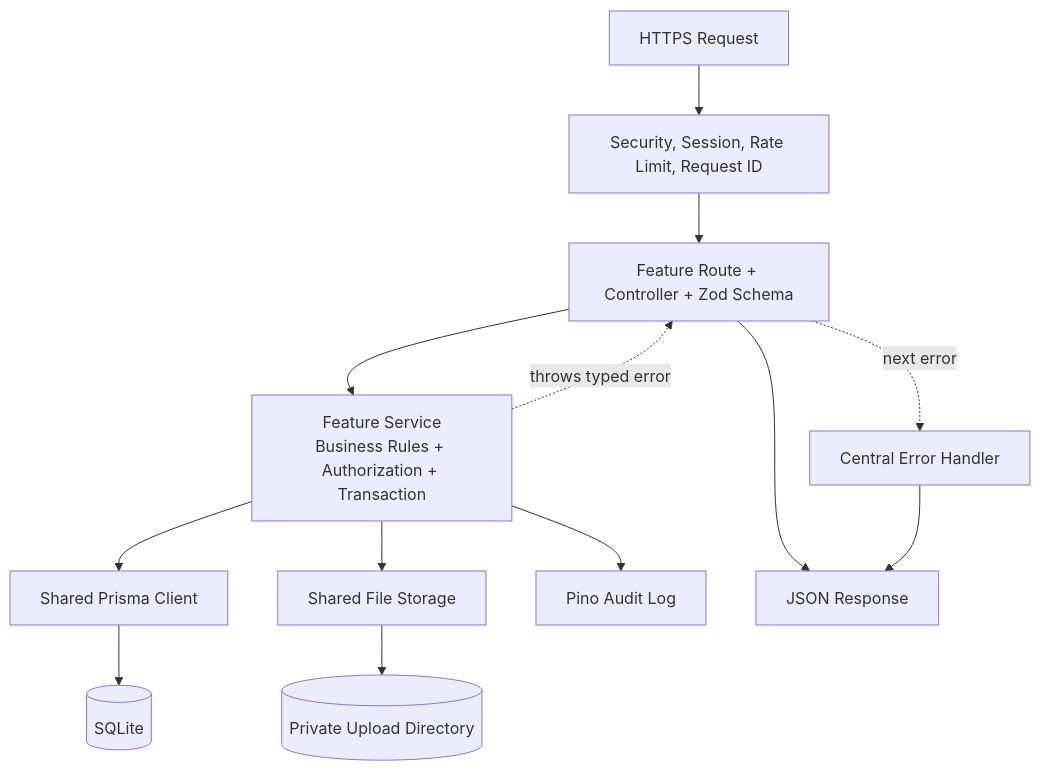
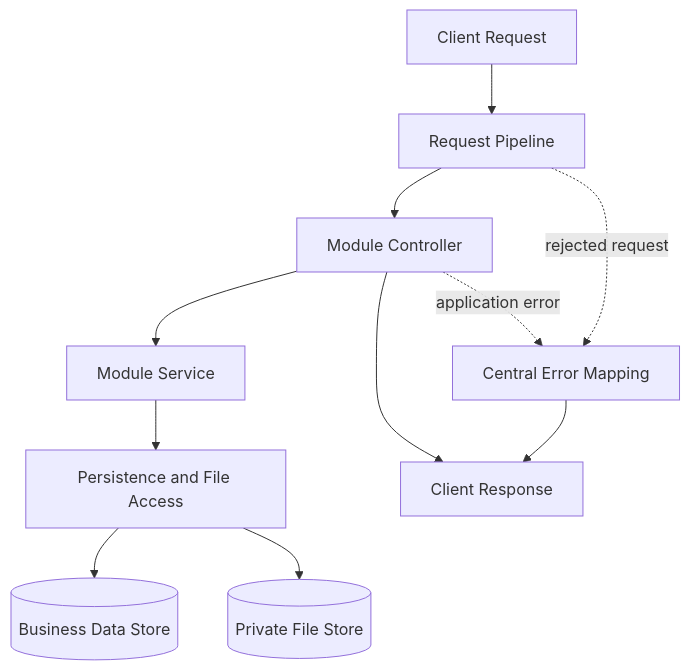
One commit to MINHDZVODICH/ctv-manage changed the third of 3 diagrams in docs/ARCHITECTURE.md. Above: the diagram before and after it, drawn with Mermaid. The commit also changed other lines of this file and 89 other files, not shown here.

````diff
--- a/docs/ARCHITECTURE.md
+++ b/docs/ARCHITECTURE.md
@@ -116,20 +115,19 @@
 ```mermaid
 flowchart TB
-    Request[HTTPS Request]
+    Request[Client Request]
+    Pipeline[Request Pipeline]
+    Controller[Module Controller]
+    Service[Module Service]
+    DataAccess[Persistence and File Access]
+    DataStore[(Business Data Store)]
+    FileStore[(Private File Store)]
+    ErrorHandler[Central Error Mapping]
+    Response[Client Response]
 
-    Middleware[Security, Session, Rate Limit, Request ID]
-    Controller[Feature Route + Controller + Zod Schema]
-    Service[Feature Service<br/>Business Rules + Authorization + Transaction]
-    Prisma[Shared Prisma Client]
-    Storage[Shared File Storage]
-    Audit[Pino Audit Log]
-    ErrorHandler[Central Error Handler]
-
-    Request --> Middleware --> Controller --> Service
-    Service --> Prisma --> DB[(SQLite)]
-    Service --> Storage --> Files[(Private Upload Directory)]
-    Service --> Audit
-    Controller --> Response[JSON Response]
-    Service -. throws typed error .-> Controller
-    Controller -. next error .-> ErrorHandler --> Response
+    Request --> Pipeline --> Controller --> Service --> DataAccess
+    DataAccess --> DataStore
+    DataAccess --> FileStore
+    Controller --> Response
+    Pipeline -. rejected request .-> ErrorHandler
+    Controller -. application error .-> ErrorHandler --> Response
 ```
````
